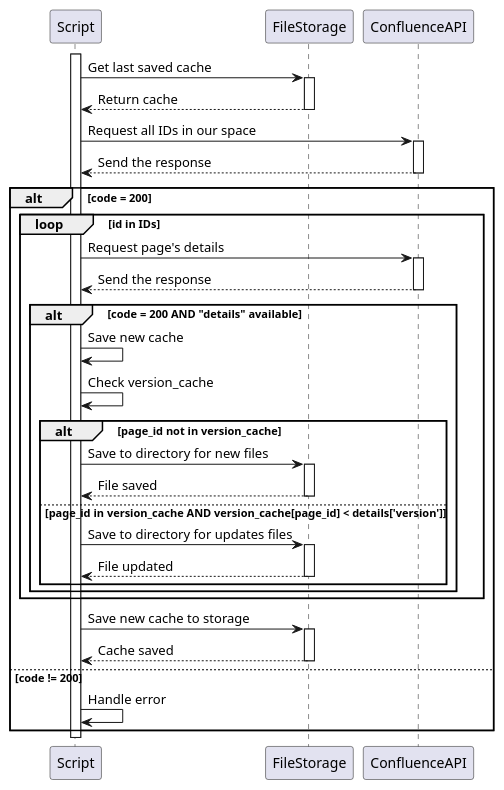
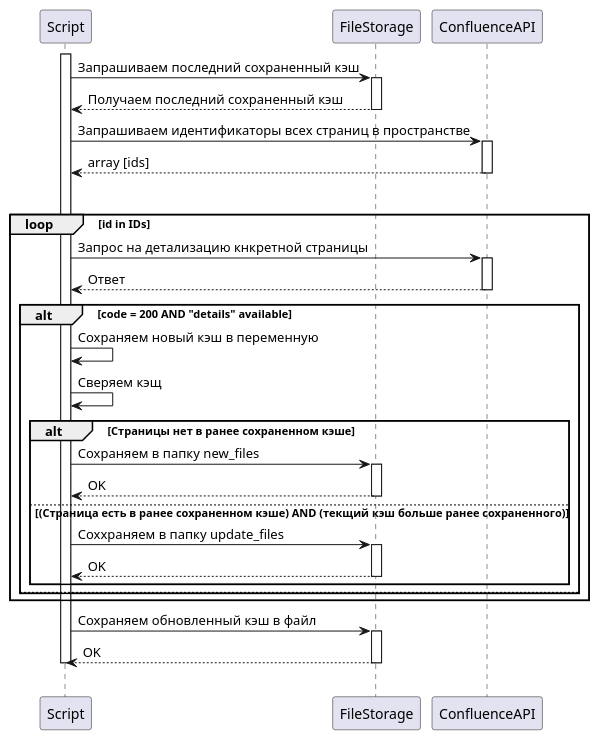
Before and after one commit to Grechka4604/Smartis_AI_BOT: the diagram in Confluence/sync_pages.puml, drawn with PlantUML. The commit also changed 3808 other files, not shown here.

```diff
--- a/Confluence/sync_pages.puml
+++ b/Confluence/sync_pages.puml
@@ -1,52 +1,45 @@
 @startuml
 
 participant Script
-participant FileStorage
+participant FileStorage as FS
 participant ConfluenceAPI
 
 activate Script
-Script -> FileStorage: Get last saved cache
-activate FileStorage
-FileStorage --> Script: Return cache
-deactivate FileStorage
-
-Script -> ConfluenceAPI: Request all IDs in our space
+Script -> FS: Запрашиваем последний сохраненный кэш
+activate FS
+FS --> Script: Получаем последний сохраненный кэш
+deactivate FS
+Script -> ConfluenceAPI: Запрашиваем идентификаторы всех страниц в пространстве
 activate ConfluenceAPI
-ConfluenceAPI --> Script: Send the response
+ConfluenceAPI --> Script: array [ids]
 deactivate ConfluenceAPI
-
 alt code = 200
     loop id in IDs
-        Script -> ConfluenceAPI: Request page's details
+        Script -> ConfluenceAPI: Запрос на детализацию кнкретной страницы
         activate ConfluenceAPI
-        ConfluenceAPI --> Script: Send the response
+        ConfluenceAPI --> Script: Ответ
         deactivate ConfluenceAPI
-        
         alt code = 200 AND "details" available
-            Script -> Script: Save new cache
-            Script -> Script: Check version_cache
-            
-            alt page_id not in version_cache 
-                Script -> FileStorage: Save to directory for new files
-                activate FileStorage
-                FileStorage --> Script: File saved
-                deactivate FileStorage
-            else page_id in version_cache AND version_cache[page_id] < details['version']
-                Script -> FileStorage: Save to directory for updates files
-                activate FileStorage
-                FileStorage --> Script: File updated
-                deactivate FileStorage
+            Script -> Script: Сохраняем новый кэш в переменную
+            Script -> Script: Сверяем кэщ
+            alt Страницы нет в ранее сохраненном кэше 
+                Script -> FS: Сохраняем в папку new_files
+                activate FS
+                FS --> Script: OK
+                deactivate FS
+            else (Страница есть в ранее сохраненном кэше) AND (текщий кэш больше ранее сохраненного)
+                Script -> FS: Соххраняем в папку update_files
+                activate FS
+                FS --> Script: OK
+                deactivate FS
             end
+        else
         end
     end
-    
-    Script -> FileStorage: Save new cache to storage
-    activate FileStorage
-    FileStorage --> Script: Cache saved
-    deactivate FileStorage
+    Script -> FS: Сохраняем обновленный кэш в файл
+    activate FS
+    FS --> Script: OK
+    deactivate FS
 else code != 200
-    Script -> Script: Handle error
-end
-
 deactivate Script
 @enduml
```
